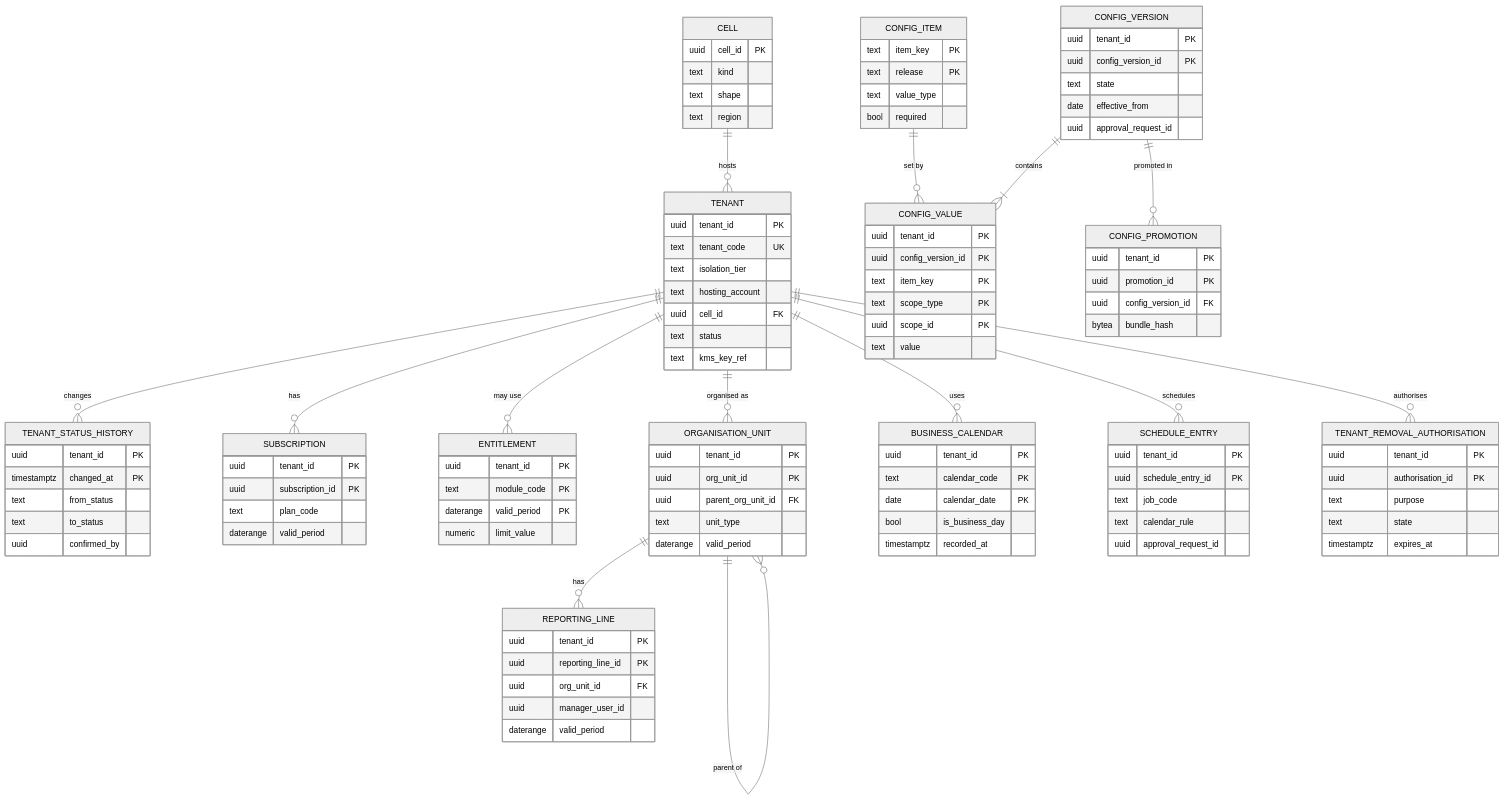
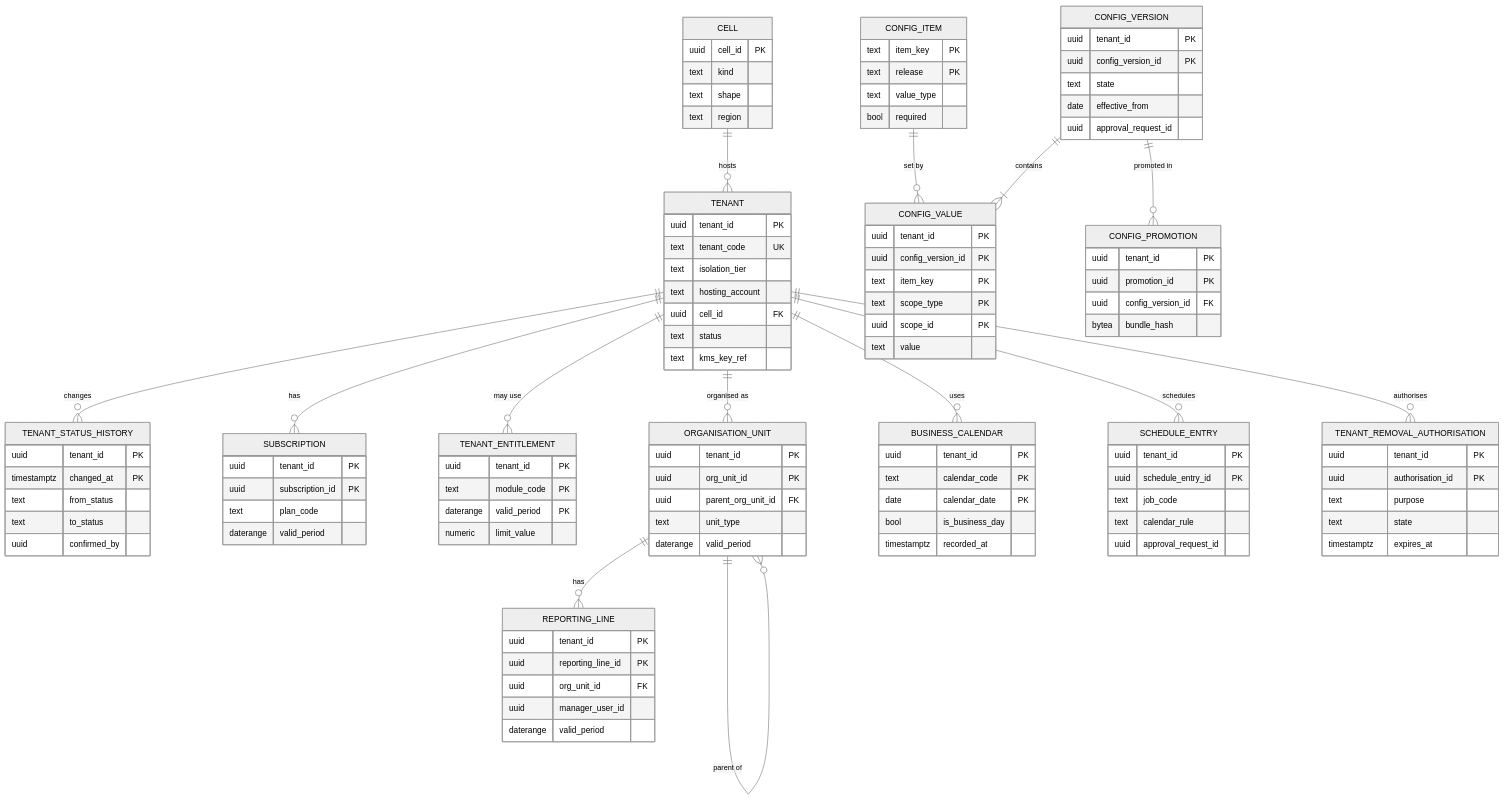
One commit to suchitdubey7/AMC-OS changed the first of 3 diagrams in architecture/erds/D01_platform_identity_audit.md. Above: the diagram before and after it, drawn with Mermaid (neutral theme). The commit also changed other lines of this file and 19 other files, not shown here.

```diff
--- a/architecture/erds/D01_platform_identity_audit.md
+++ b/architecture/erds/D01_platform_identity_audit.md
@@ -11,7 +11,7 @@
   CELL ||--o{ TENANT : "hosts"
   TENANT ||--o{ TENANT_STATUS_HISTORY : "changes"
   TENANT ||--o{ SUBSCRIPTION : "has"
-  TENANT ||--o{ ENTITLEMENT : "may use"
+  TENANT ||--o{ TENANT_ENTITLEMENT : "may use"
   TENANT ||--o{ ORGANISATION_UNIT : "organised as"
   ORGANISATION_UNIT ||--o{ ORGANISATION_UNIT : "parent of"
   ORGANISATION_UNIT ||--o{ REPORTING_LINE : "has"
@@ -49,7 +49,7 @@
     text plan_code
     daterange valid_period
   }
-  ENTITLEMENT {
+  TENANT_ENTITLEMENT {
     uuid tenant_id PK
     text module_code PK
     daterange valid_period PK
```
